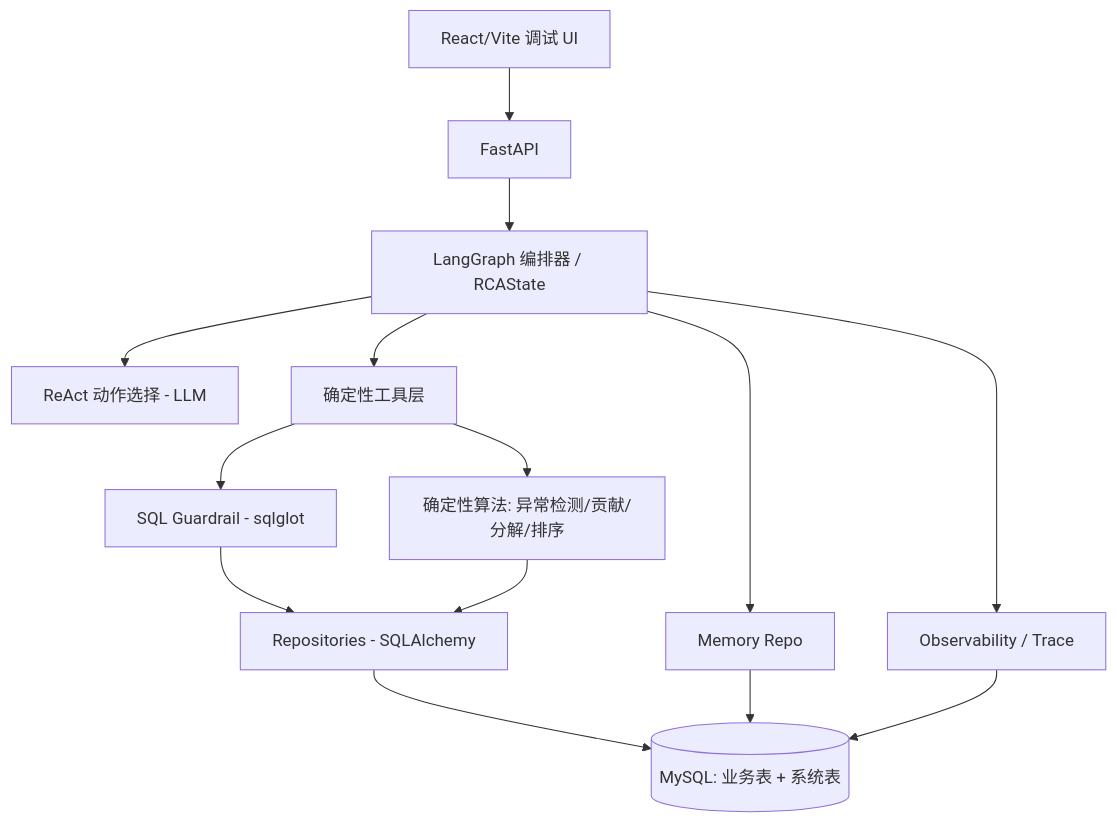
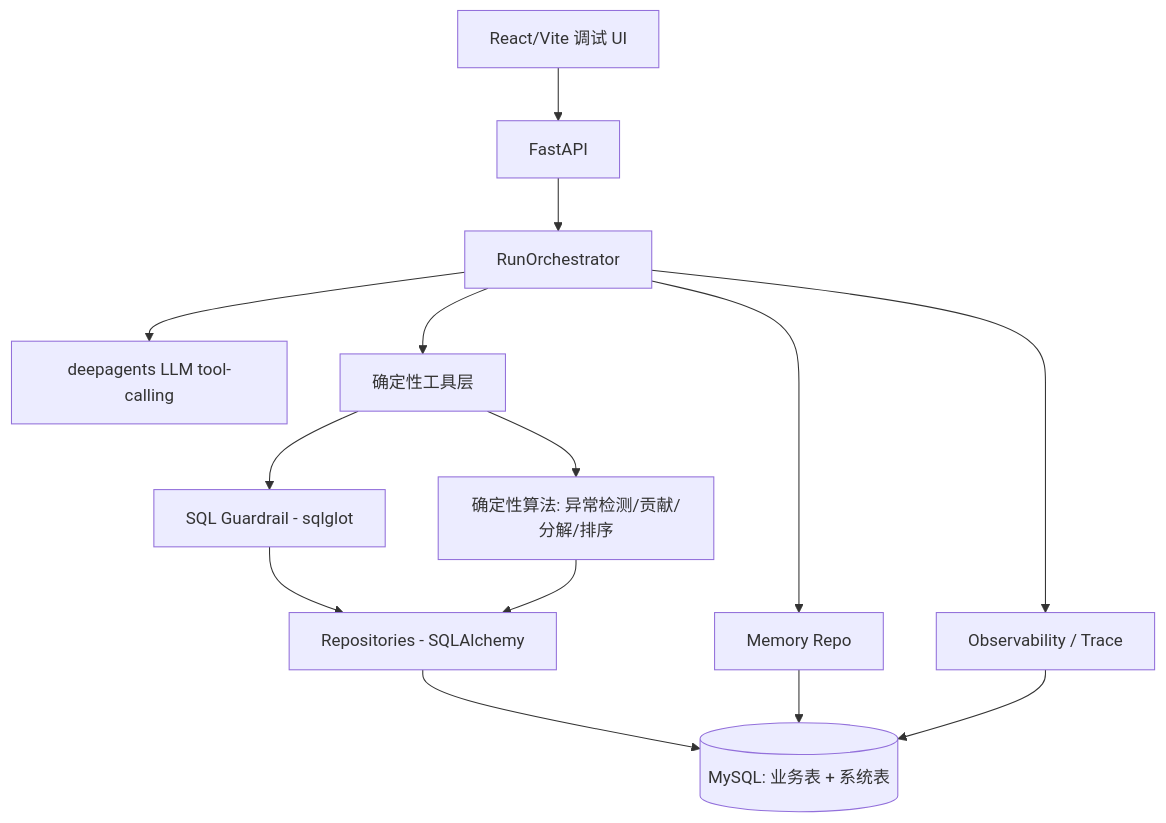
One commit to WOTMCCR/MetricRCA changed the first of 3 diagrams in docs/MetricRCA.md. Above: the diagram before and after it, drawn with Mermaid. The commit also changed other lines of this file and 8 other files, not shown here.

````diff
--- a/docs/MetricRCA.md
+++ b/docs/MetricRCA.md
@@ -280,16 +281,16 @@
 ```mermaid
 flowchart TB
   UI[React/Vite 调试 UI] --> API[FastAPI]
-  API --> ORCH[LangGraph 编排器 / RCAState]
-  ORCH --> AGENT[ReAct 动作选择 - LLM]
+  API --> ORCH[RunOrchestrator]
+  ORCH --> AGENT[deepagents LLM tool-calling]
   ORCH --> TOOLS[确定性工具层]
   TOOLS --> GUARD[SQL Guardrail - sqlglot]
   TOOLS --> ALGO[确定性算法: 异常检测/贡献/分解/排序]
   GUARD --> REPO[Repositories - SQLAlchemy]
   ALGO --> REPO
   REPO --> DB[(MySQL: 业务表 + 系统表)]
   ORCH --> MEM[Memory Repo]
   ORCH --> TRACE[Observability / Trace]
   MEM --> DB
   TRACE --> DB
 ```
````
